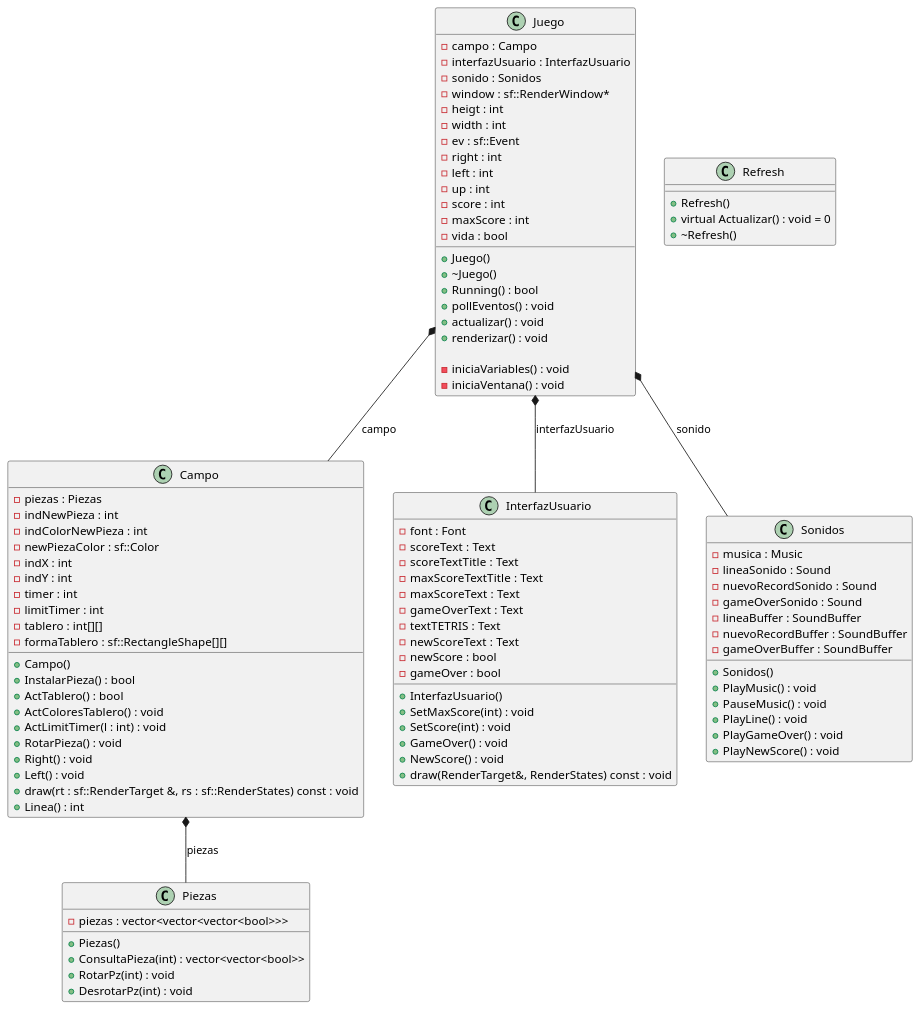
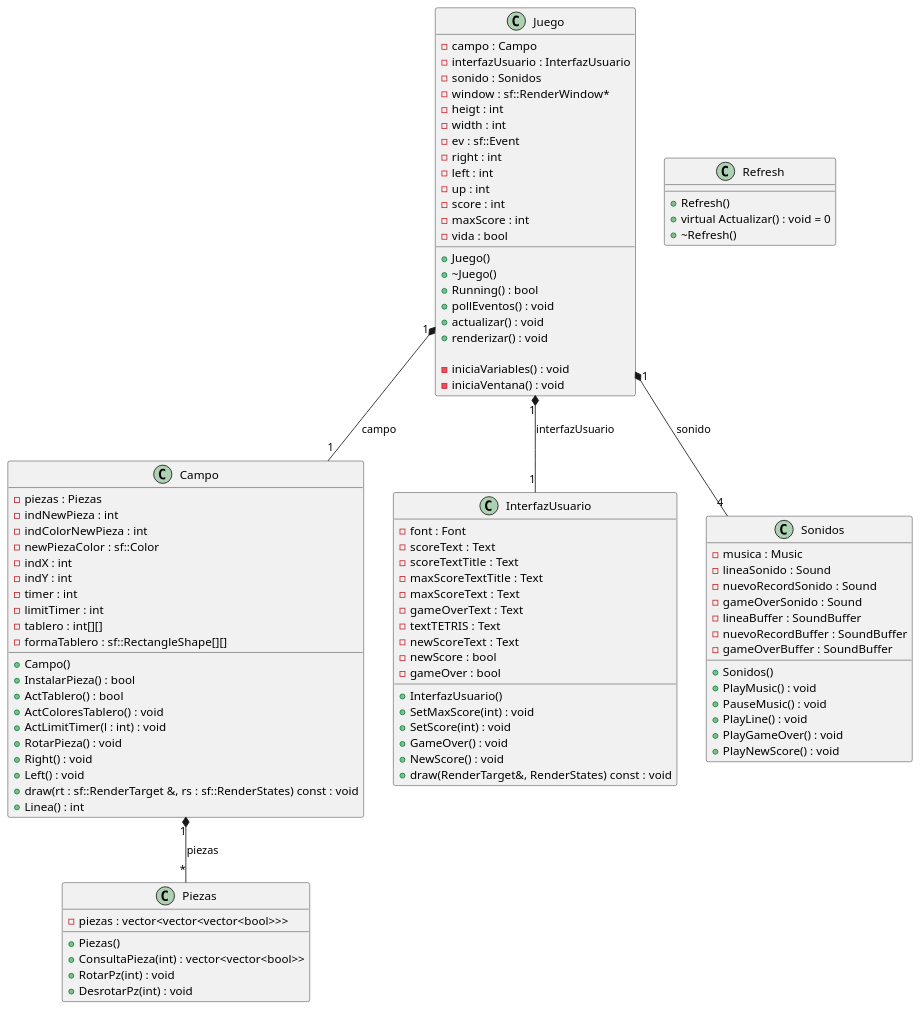
Before and after one commit to SpyBubbles/Tetris: the diagram in docs/tetris.puml, drawn with PlantUML. The commit also changed 2 other files, not shown here.

```diff
--- a/docs/tetris.puml
+++ b/docs/tetris.puml
@@ -1,111 +1,111 @@
 @startuml Tetris
 
 class Campo {
     - piezas : Piezas
     - indNewPieza : int
     - indColorNewPieza : int
     - newPiezaColor : sf::Color
     - indX : int
     - indY : int
     - timer : int
     - limitTimer : int
     - tablero : int[][]
     - formaTablero : sf::RectangleShape[][]
 
     + Campo()
     + InstalarPieza() : bool
     + ActTablero() : bool
     + ActColoresTablero() : void
     + ActLimitTimer(l : int) : void
     + RotarPieza() : void
     + Right() : void
     + Left() : void
     + draw(rt : sf::RenderTarget &, rs : sf::RenderStates) const : void
     + Linea() : int
 }
 
 class InterfazUsuario {
     - font : Font
     - scoreText : Text
     - scoreTextTitle : Text
     - maxScoreTextTitle : Text
     - maxScoreText : Text
     - gameOverText : Text
     - textTETRIS : Text
     - newScoreText : Text
     - newScore : bool
     - gameOver : bool
 
     + InterfazUsuario()
     + SetMaxScore(int) : void
     + SetScore(int) : void
     + GameOver() : void
     + NewScore() : void
     + draw(RenderTarget&, RenderStates) const : void
 
 }
 
 class Juego {
     - campo : Campo
     - interfazUsuario : InterfazUsuario
     - sonido : Sonidos
     - window : sf::RenderWindow*
     - heigt : int
     - width : int
     - ev : sf::Event
     - right : int
     - left : int
     - up : int
     - score : int
     - maxScore : int
     - vida : bool
 
     + Juego()
     + ~Juego()
     + Running() : bool
     + pollEventos() : void
     + actualizar() : void
     + renderizar() : void
 
     - iniciaVariables() : void
     - iniciaVentana() : void
 }
 
 class Piezas {
     - piezas : vector<vector<vector<bool>>>
 
     + Piezas()
     + ConsultaPieza(int) : vector<vector<bool>>
     + RotarPz(int) : void
     + DesrotarPz(int) : void
 }
 
 class Refresh {
     + Refresh()
     + virtual Actualizar() : void = 0
     + ~Refresh()
 }
 
 class Sonidos {
     - musica : Music
     - lineaSonido : Sound
     - nuevoRecordSonido : Sound
     - gameOverSonido : Sound
     - lineaBuffer : SoundBuffer
     - nuevoRecordBuffer : SoundBuffer
     - gameOverBuffer : SoundBuffer
 
     + Sonidos()
     + PlayMusic() : void
     + PauseMusic() : void
     + PlayLine() : void
     + PlayGameOver() : void
     + PlayNewScore() : void
 }
 
-Juego *-- Campo: campo 
-Juego *-- InterfazUsuario: interfazUsuario 
-Juego *-- Sonidos: sonido 
-Campo *-- Piezas: piezas
+Juego "1" *-- "1" Campo: campo 
+Juego "1" *-- "1" InterfazUsuario: interfazUsuario 
+Juego "1" *-- "4" Sonidos: sonido 
+Campo "1" *-- "*" Piezas: piezas
 
 @enduml
```
